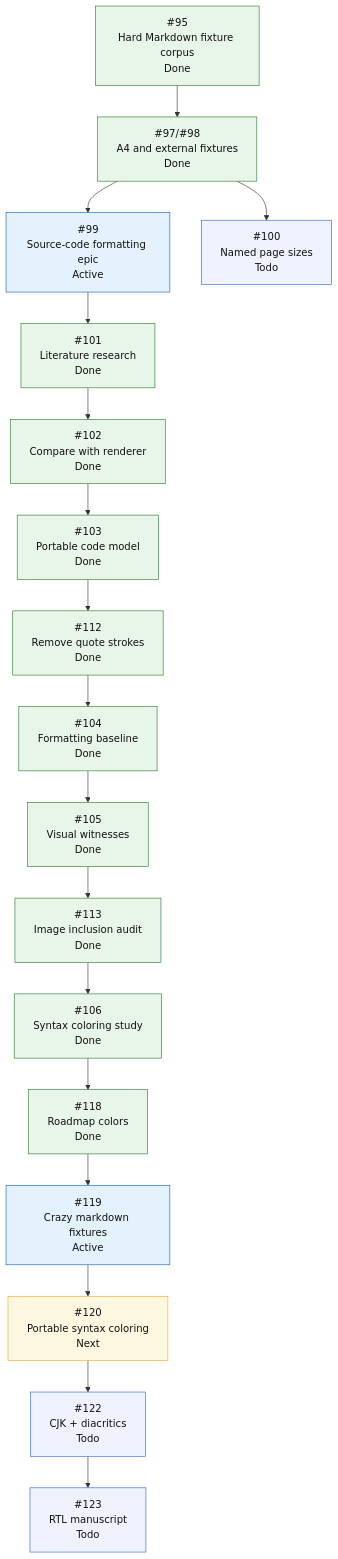
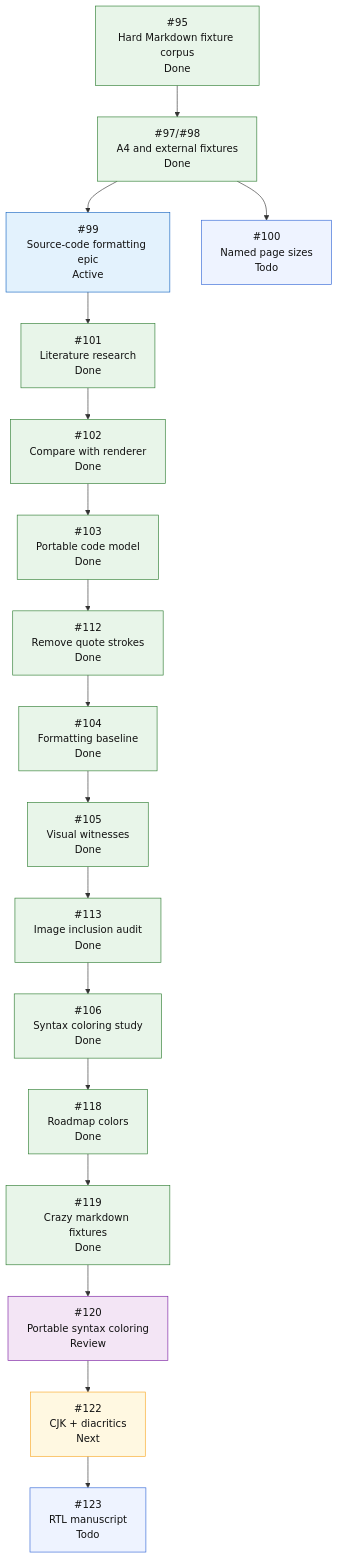
One commit to mihaelamj/MarkdownPDF changed the fifth of 5 diagrams in README.md. Above: the diagram before and after it, drawn with Mermaid. The commit also changed other lines of this file and 15 other files, not shown here.

First line of the commit message:
feat(syntax): add portable code coloring (#134)

````diff
--- a/README.md
+++ b/README.md
@@ -421,36 +440,37 @@
 ```mermaid
 flowchart TD
     H0["#95<br/>Hard Markdown fixture corpus<br/>Done"]
     H1["#97/#98<br/>A4 and external fixtures<br/>Done"]
     H2["#99<br/>Source-code formatting epic<br/>Active"]
     H2A["#101<br/>Literature research<br/>Done"]
     H2B["#102<br/>Compare with renderer<br/>Done"]
     H2C["#103<br/>Portable code model<br/>Done"]
     H2D["#112<br/>Remove quote strokes<br/>Done"]
     H2E["#104<br/>Formatting baseline<br/>Done"]
     H2F["#105<br/>Visual witnesses<br/>Done"]
     H2G["#113<br/>Image inclusion audit<br/>Done"]
     H2H["#106<br/>Syntax coloring study<br/>Done"]
     H2I["#118<br/>Roadmap colors<br/>Done"]
-    H2J["#119<br/>Crazy markdown fixtures<br/>Active"]
-    H2K["#120<br/>Portable syntax coloring<br/>Next"]
-    H2L["#122<br/>CJK + diacritics<br/>Todo"]
+    H2J["#119<br/>Crazy markdown fixtures<br/>Done"]
+    H2K["#120<br/>Portable syntax coloring<br/>Review"]
+    H2L["#122<br/>CJK + diacritics<br/>Next"]
     H2M["#123<br/>RTL manuscript<br/>Todo"]
     H3["#100<br/>Named page sizes<br/>Todo"]
 
     H0 --> H1
     H1 --> H2
     H2 --> H2A --> H2B --> H2C --> H2D --> H2E --> H2F --> H2G --> H2H --> H2I --> H2J --> H2K --> H2L --> H2M
     H1 --> H3
 
     classDef done fill:#e8f5e9,stroke:#2e7d32,color:#111;
     classDef active fill:#e3f2fd,stroke:#1565c0,color:#111;
     classDef review fill:#f3e5f5,stroke:#7b1fa2,color:#111;
     classDef next fill:#fff8e1,stroke:#f9a825,color:#111;
     classDef todo fill:#eef3ff,stroke:#3367d6,color:#111;
     class H0,H1 done;
-    class H2,H2J active;
-    class H2A,H2B,H2C,H2D,H2E,H2F,H2G,H2H,H2I done;
-    class H2K next;
-    class H2L,H2M,H3 todo;
+    class H2 active;
+    class H2A,H2B,H2C,H2D,H2E,H2F,H2G,H2H,H2I,H2J done;
+    class H2K review;
+    class H2L next;
+    class H2M,H3 todo;
 ```
````
